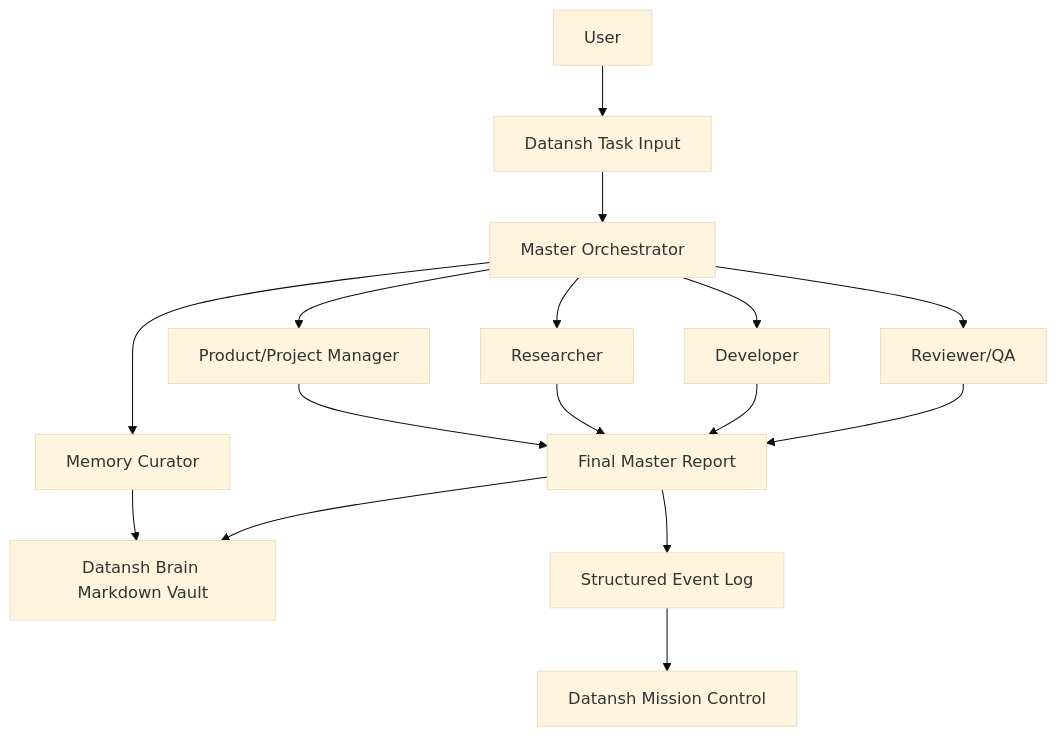
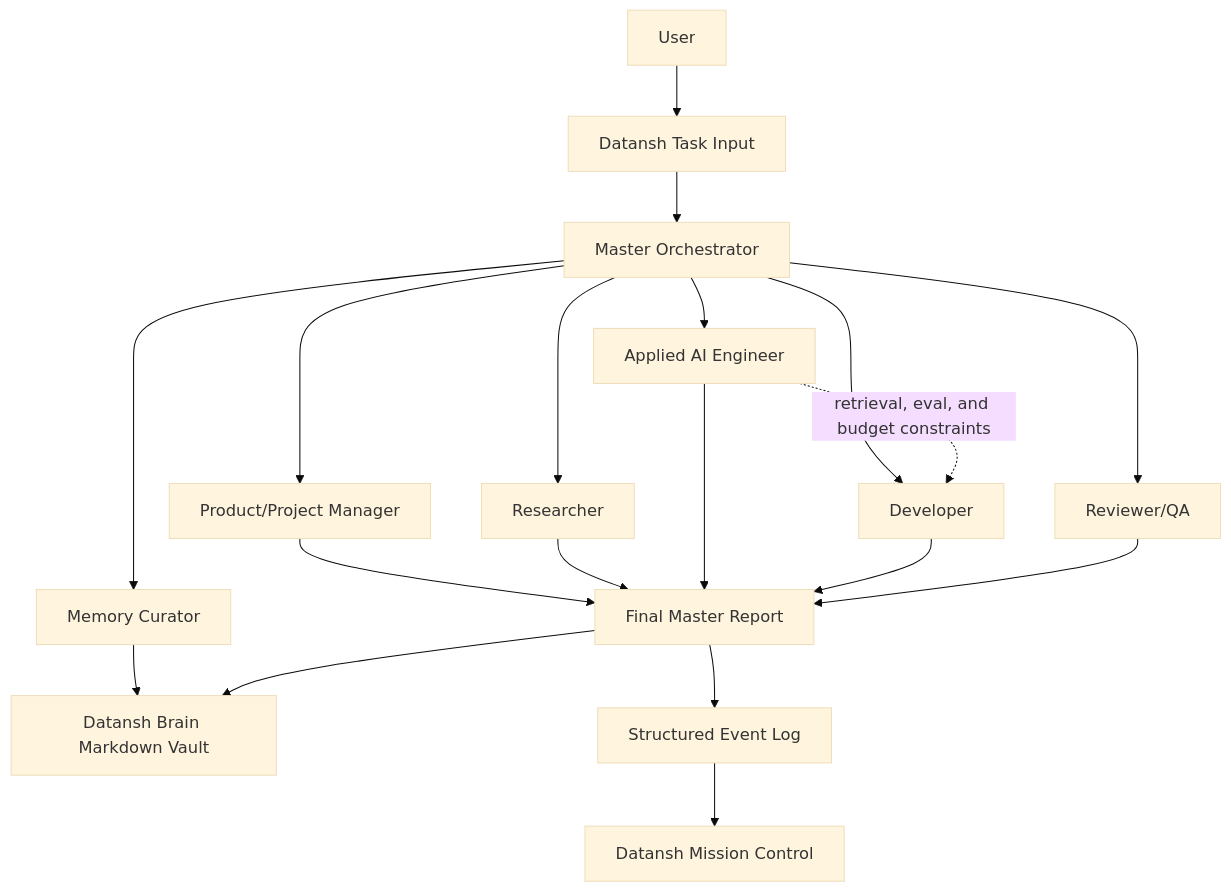
The diagram in datansh-agent-os/docs/architecture.md (harshul-datansh/hermes-agent), drawn with Mermaid (base theme) before and after one commit. The commit also changed other lines of this file and 24 other files, not shown here.

````diff
--- a/datansh-agent-os/docs/architecture.md
+++ b/datansh-agent-os/docs/architecture.md
@@ -3,18 +3,21 @@
 ```mermaid
 flowchart TD
   user["User"] --> input["Datansh Task Input"]
   input --> master["Master Orchestrator"]
   master --> pm["Product/Project Manager"]
   master --> research["Researcher"]
+  master --> ai["Applied AI Engineer"]
   master --> dev["Developer"]
   master --> qa["Reviewer/QA"]
   master --> memory["Memory Curator"]
+  ai -. "retrieval, eval, and budget constraints" .-> dev
   pm --> final["Final Master Report"]
   research --> final
+  ai --> final
   dev --> final
   qa --> final
   memory --> brain["Datansh Brain Markdown Vault"]
   final --> events["Structured Event Log"]
   events --> monitor["Datansh Mission Control"]
   final --> brain
 ```
````
